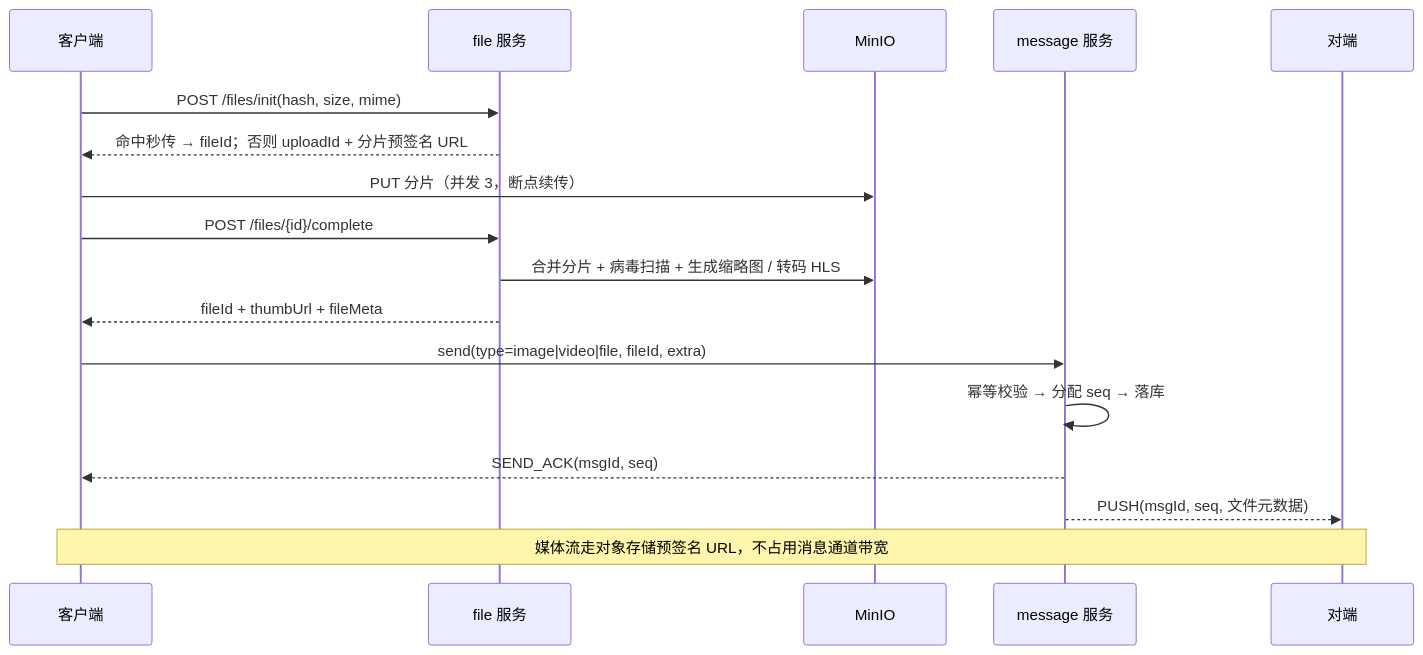
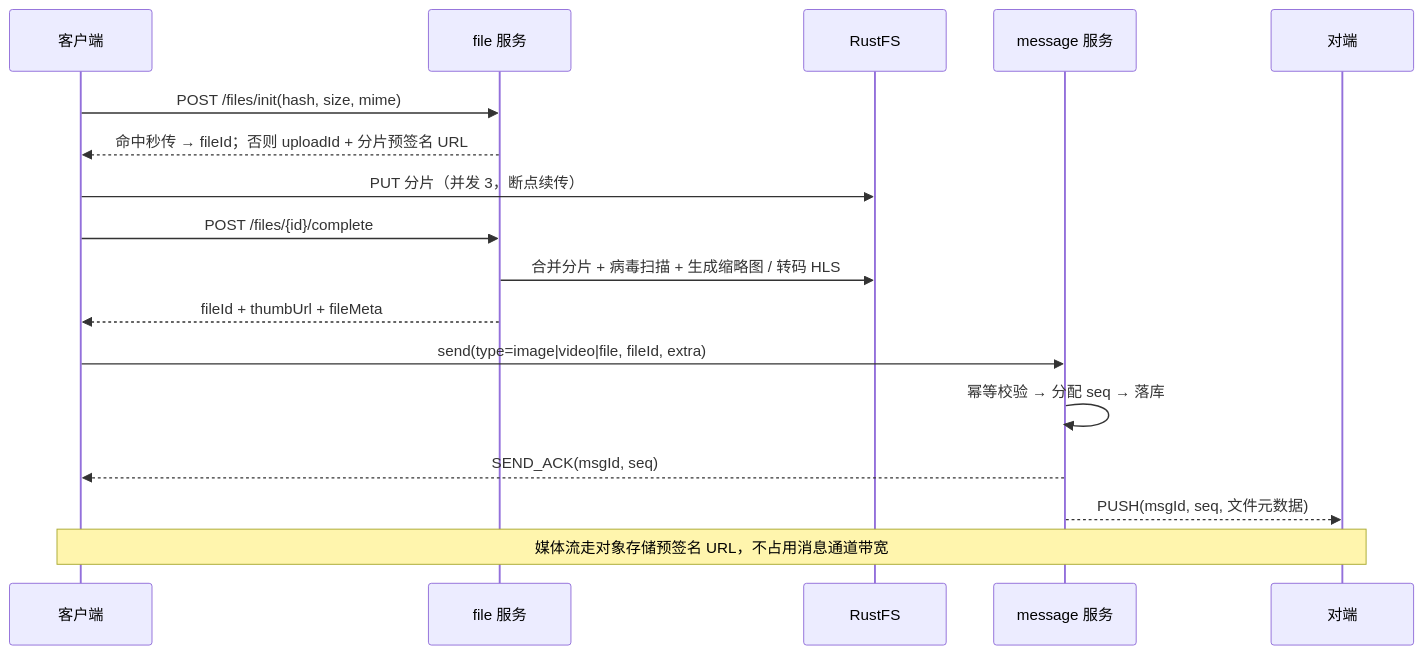
Before and after one commit to xiaoniuyun/NexIM: the ninth of 12 diagrams in docs/02-技术架构文档.md, drawn with Mermaid. The commit also changed other lines of this file and 1874 other files, not shown here.

````diff
--- a/docs/02-技术架构文档.md
+++ b/docs/02-技术架构文档.md
@@ -649,19 +649,19 @@
 ```mermaid
 sequenceDiagram
     participant C as 客户端
     participant F as file 服务
-    participant O as MinIO
+    participant O as RustFS
     participant M as message 服务
     participant P as 对端
     C->>F: POST /files/init(hash, size, mime)
     F-->>C: 命中秒传 → fileId；否则 uploadId + 分片预签名 URL
     C->>O: PUT 分片（并发 3，断点续传）
     C->>F: POST /files/{id}/complete
     F->>O: 合并分片 + 病毒扫描 + 生成缩略图 / 转码 HLS
     F-->>C: fileId + thumbUrl + fileMeta
     C->>M: send(type=image|video|file, fileId, extra)
     M->>M: 幂等校验 → 分配 seq → 落库
     M-->>C: SEND_ACK(msgId, seq)
     M-->>P: PUSH(msgId, seq, 文件元数据)
     Note over C,P: 媒体流走对象存储预签名 URL，不占用消息通道带宽
 ```
````
